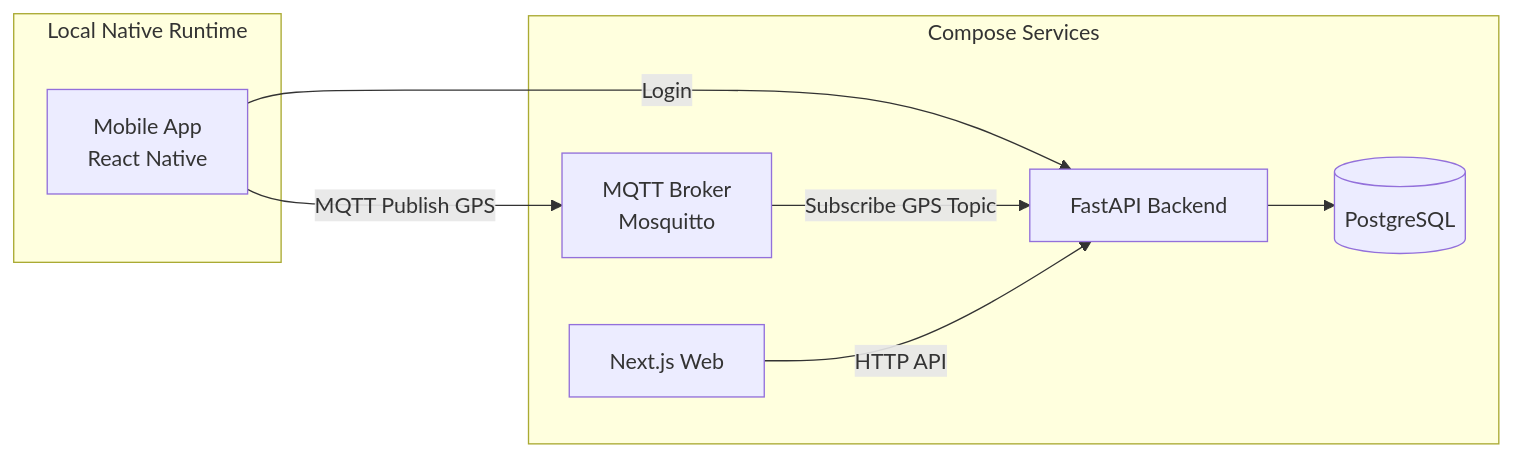
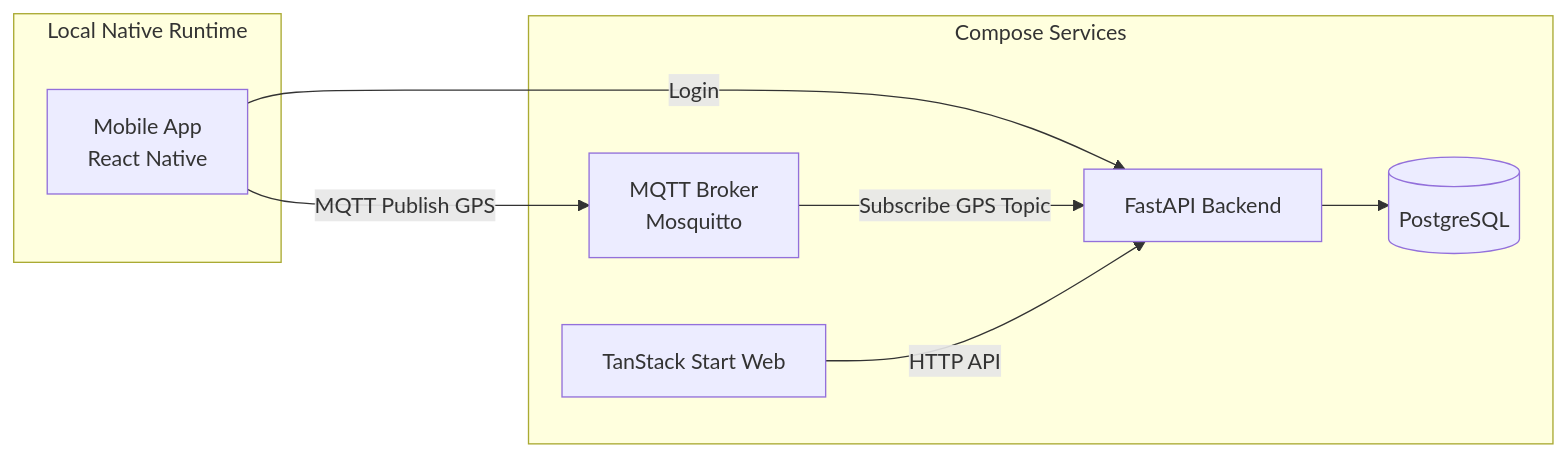
One commit to Luciano0322/fleet_management_system changed the first of 4 diagrams in docs/rfc-fms-design_zhTW.md. Above: the diagram before and after it, drawn with Mermaid. The commit also changed other lines of this file and 1 other file, not shown here.

````diff
--- a/docs/rfc-fms-design_zhTW.md
+++ b/docs/rfc-fms-design_zhTW.md
@@ -226,22 +246,22 @@
 ```mermaid
 flowchart LR
     A[Mobile App
 React Native] -->|Login| B[FastAPI Backend]
     A -->|MQTT Publish GPS| C[MQTT Broker
 Mosquitto]
 
     C -->|Subscribe GPS Topic| B
     B --> D[(PostgreSQL)]
-    E[Next.js Web] -->|HTTP API| B
+    E[TanStack Start Web] -->|HTTP API| B
 
     subgraph Compose Services
       B
       C
       D
       E
     end
 
     subgraph Local Native Runtime
       A
     end
 ```
````
